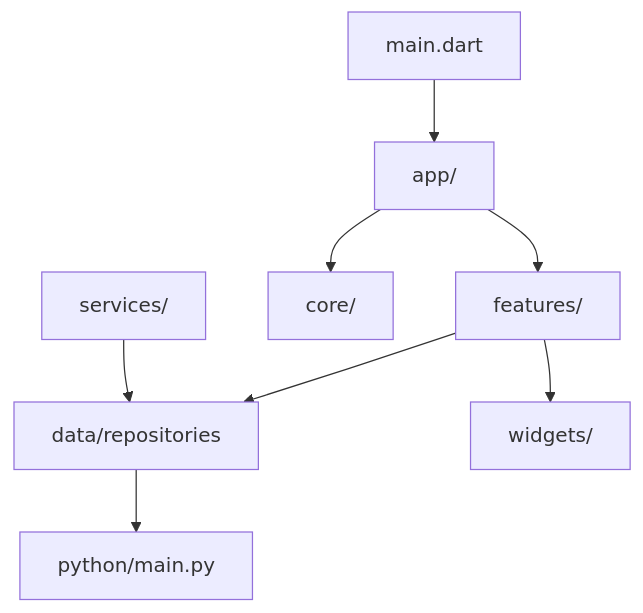
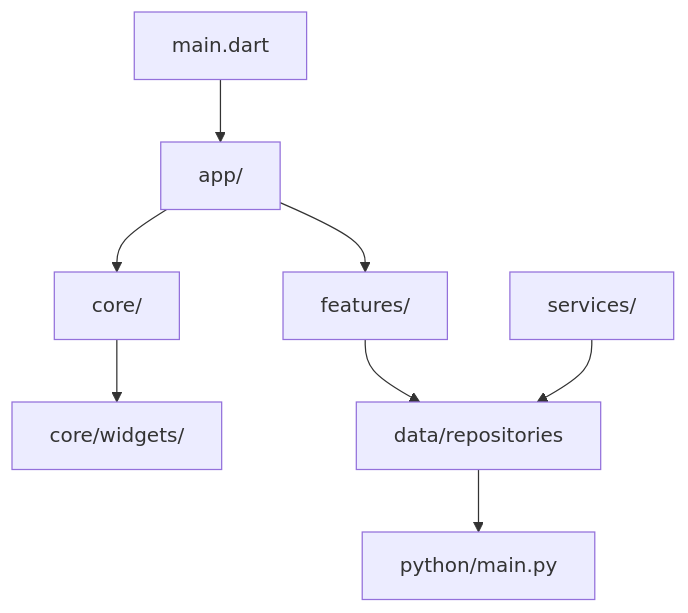
Before and after one commit to QwQdoge/OmniStore: the second of 4 diagrams in project_architecture.md, drawn with Mermaid. The commit also changed other lines of this file and 53 other files, not shown here.

Commit message:
refactor: restructure Flutter core widgets, consolidate Python backend source/downloader/search modules, and remove obsolete files

````diff
--- a/project_architecture.md
+++ b/project_architecture.md
@@ -43,10 +43,10 @@
 ```mermaid
 flowchart TB
   main["main.dart"] --> app["app/"]
   app --> features["features/"]
   app --> core["core/"]
+  core --> widgets["core/widgets/"]
   features --> data["data/repositories"]
-  features --> widgets["widgets/"]
   data --> py["python/main.py"]
   services["services/"] --> data
 ```
````
